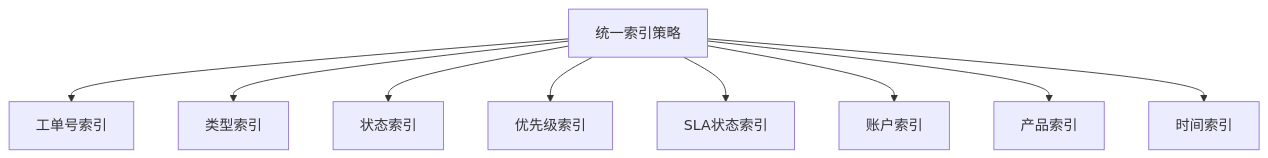
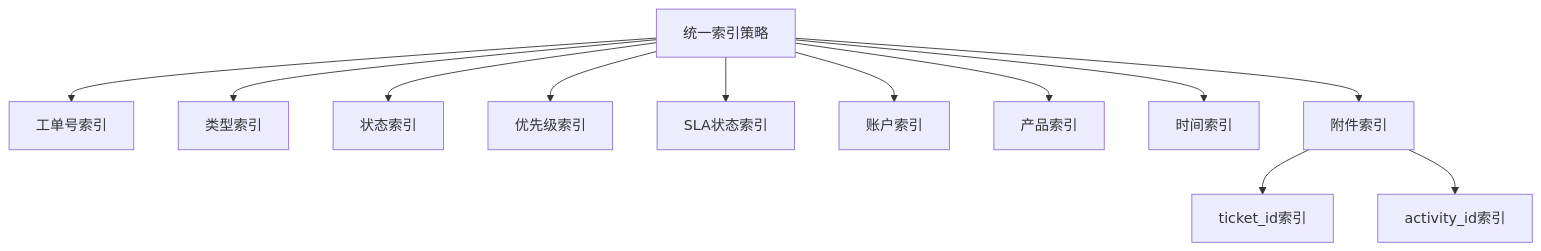
Diagram 27 of 27 in .qoder/repowiki/zh/content/三层工单模型/三层工单模型.md (CubeEdge/Longhorn), drawn with Mermaid before and after one commit. The commit also changed other lines of this file and 118 other files, not shown here.

````diff
--- a/.qoder/repowiki/zh/content/三层工单模型/三层工单模型.md
+++ b/.qoder/repowiki/zh/content/三层工单模型/三层工单模型.md
@@ -981,11 +1297,14 @@
 ```mermaid
 graph TB
 A[统一索引策略] --> B[工单号索引]
 A --> C[类型索引]
 A --> D[状态索引]
 A --> E[优先级索引]
 A --> F[SLA状态索引]
 A --> G[账户索引]
 A --> H[产品索引]
 A --> I[时间索引]
+A --> J[附件索引]
+J --> K[ticket_id索引]
+J --> L[activity_id索引]
 ```
````
